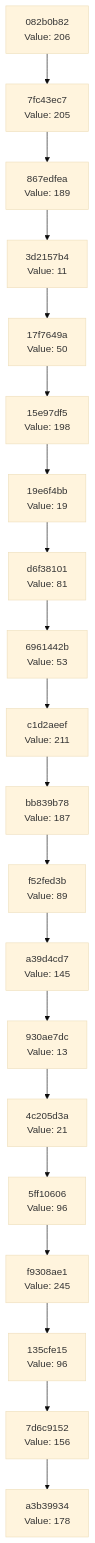
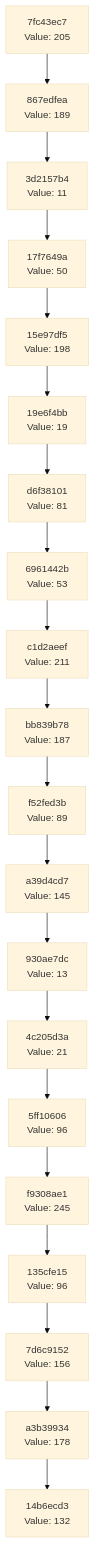
One commit to Abhisheksinha1506/hash-chain-evolver changed the diagram in docs/CHAIN_VISUALIZATION.md. Above: the diagram before and after it, drawn with Mermaid (base theme). The commit also changed 2 other files, not shown here.

Commit message:
Evolution step: hash 0x84 → action executed

````diff
--- a/docs/CHAIN_VISUALIZATION.md
+++ b/docs/CHAIN_VISUALIZATION.md
@@ -3,42 +3,42 @@
 ```mermaid
 graph TD
-    C0["a3b39934<br/>Value: 178"]
-    C1["7d6c9152<br/>Value: 156"]
+    C0["14b6ecd3<br/>Value: 132"]
+    C1["a3b39934<br/>Value: 178"]
     C1 --> C0
-    C2["135cfe15<br/>Value: 96"]
+    C2["7d6c9152<br/>Value: 156"]
     C2 --> C1
-    C3["f9308ae1<br/>Value: 245"]
+    C3["135cfe15<br/>Value: 96"]
     C3 --> C2
-    C4["5ff10606<br/>Value: 96"]
+    C4["f9308ae1<br/>Value: 245"]
     C4 --> C3
-    C5["4c205d3a<br/>Value: 21"]
+    C5["5ff10606<br/>Value: 96"]
     C5 --> C4
-    C6["930ae7dc<br/>Value: 13"]
+    C6["4c205d3a<br/>Value: 21"]
     C6 --> C5
-    C7["a39d4cd7<br/>Value: 145"]
+    C7["930ae7dc<br/>Value: 13"]
     C7 --> C6
-    C8["f52fed3b<br/>Value: 89"]
+    C8["a39d4cd7<br/>Value: 145"]
     C8 --> C7
-    C9["bb839b78<br/>Value: 187"]
+    C9["f52fed3b<br/>Value: 89"]
     C9 --> C8
-    C10["c1d2aeef<br/>Value: 211"]
+    C10["bb839b78<br/>Value: 187"]
     C10 --> C9
-    C11["6961442b<br/>Value: 53"]
+    C11["c1d2aeef<br/>Value: 211"]
     C11 --> C10
-    C12["d6f38101<br/>Value: 81"]
+    C12["6961442b<br/>Value: 53"]
     C12 --> C11
-    C13["19e6f4bb<br/>Value: 19"]
+    C13["d6f38101<br/>Value: 81"]
     C13 --> C12
-    C14["15e97df5<br/>Value: 198"]
+    C14["19e6f4bb<br/>Value: 19"]
     C14 --> C13
-    C15["17f7649a<br/>Value: 50"]
+    C15["15e97df5<br/>Value: 198"]
     C15 --> C14
-    C16["3d2157b4<br/>Value: 11"]
+    C16["17f7649a<br/>Value: 50"]
     C16 --> C15
-    C17["867edfea<br/>Value: 189"]
+    C17["3d2157b4<br/>Value: 11"]
     C17 --> C16
-    C18["7fc43ec7<br/>Value: 205"]
+    C18["867edfea<br/>Value: 189"]
     C18 --> C17
-    C19["082b0b82<br/>Value: 206"]
+    C19["7fc43ec7<br/>Value: 205"]
     C19 --> C18
 ```
````
